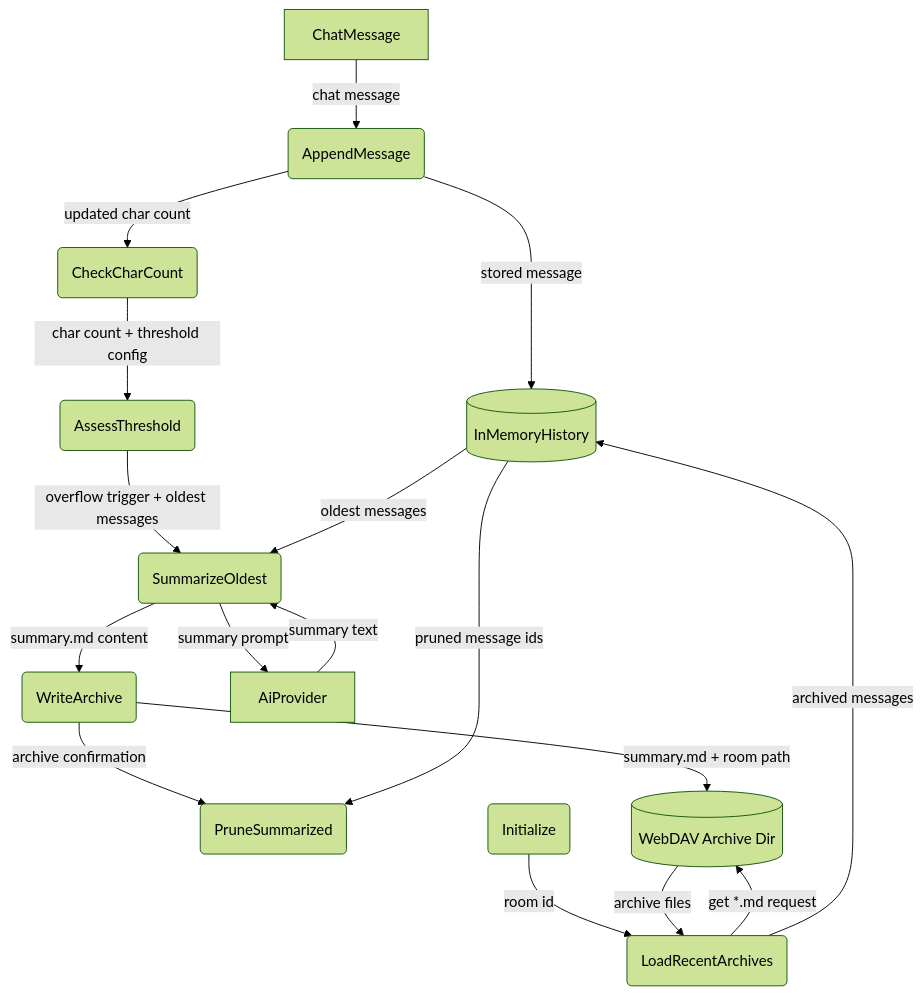
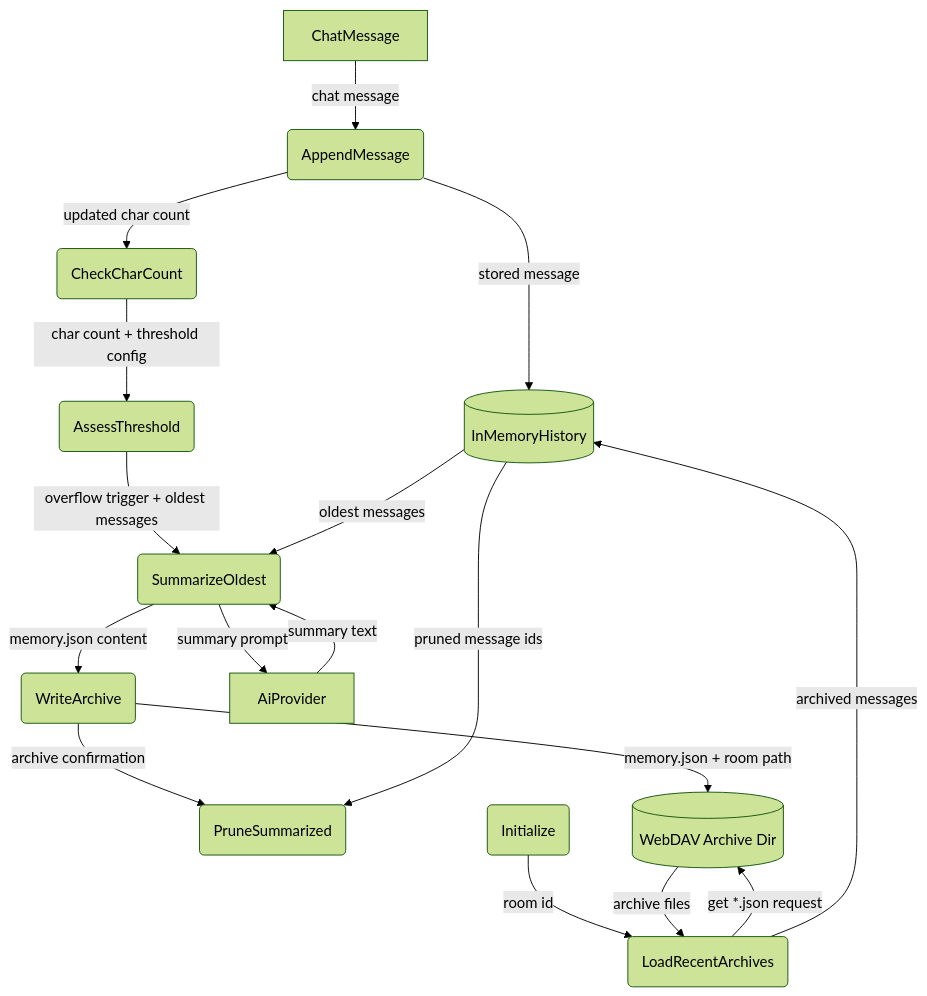
One commit to cosmoswafer/rockbot changed the first of 3 diagrams in _dfds/base/memory.md. Above: the diagram before and after it, drawn with Mermaid (forest theme). The commit also changed other lines of this file and 1 other file, not shown here.

Commit message:
docs: update DFDs for JSON memory archives and CalDAV support

````diff
--- a/_dfds/base/memory.md
+++ b/_dfds/base/memory.md
@@ -21,32 +22,32 @@
 ```mermaid
 flowchart TD
     MSG[ChatMessage]
     STORE[(InMemoryHistory)]
     APPEND(AppendMessage)
     COUNT(CheckCharCount)
     THRESHOLD(AssessThreshold)
     SUMMARIZE(SummarizeOldest)
     ARCHIVE(WriteArchive)
     PRUNE(PruneSummarized)
     WEBDAV[(WebDAV Archive Dir)]
     AI[AiProvider]
     LOAD(LoadRecentArchives)
     INIT(Initialize)
 
     MSG -->|"chat message"| APPEND
     APPEND -->|"stored message"| STORE
     APPEND -->|"updated char count"| COUNT
     COUNT -->|"char count + threshold config"| THRESHOLD
     THRESHOLD -->|"overflow trigger + oldest messages"| SUMMARIZE
     STORE -->|"oldest messages"| SUMMARIZE
     SUMMARIZE -->|"summary prompt"| AI
     AI -->|"summary text"| SUMMARIZE
-    SUMMARIZE -->|"summary.md content"| ARCHIVE
-    ARCHIVE -->|"summary.md + room path"| WEBDAV
+    SUMMARIZE -->|"memory.json content"| ARCHIVE
+    ARCHIVE -->|"memory.json + room path"| WEBDAV
     ARCHIVE -->|"archive confirmation"| PRUNE
     STORE -->|"pruned message ids"| PRUNE
     INIT -->|"room id"| LOAD
-    LOAD -->|"get *.md request"| WEBDAV
+    LOAD -->|"get *.json request"| WEBDAV
     WEBDAV -->|"archive files"| LOAD
     LOAD -->|"archived messages"| STORE
 ```
````
